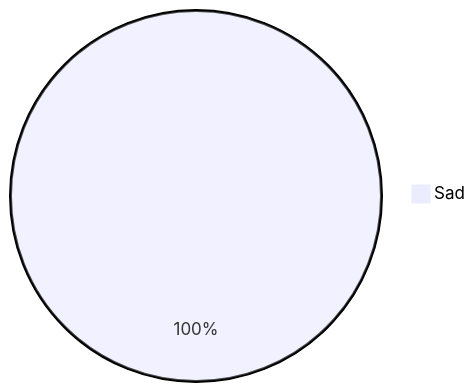
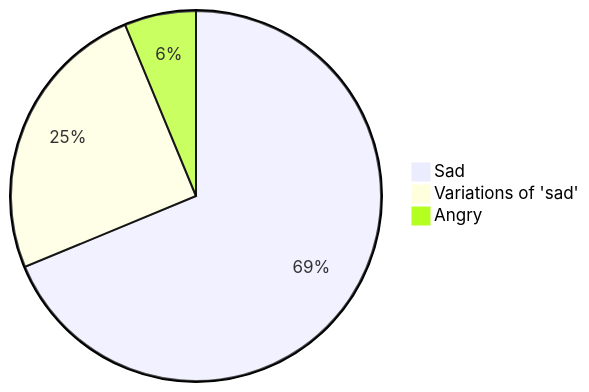
The fifth of 17 diagrams in documentation/interviews-surveys/mood-mental-health-survey-V2.md (S4-Smart-mobile/S4-Smart-Mobile), drawn with Mermaid before and after one commit. The commit also changed other lines of this file, not shown here.

````diff
--- a/documentation/interviews-surveys/mood-mental-health-survey-V2.md
+++ b/documentation/interviews-surveys/mood-mental-health-survey-V2.md
@@ -122,4 +137,6 @@
 ```mermaid
 pie
-"Sad": 2
+"Sad": 11
+"Variations of 'sad'": 4
+"Angry": 1
 ```
````
